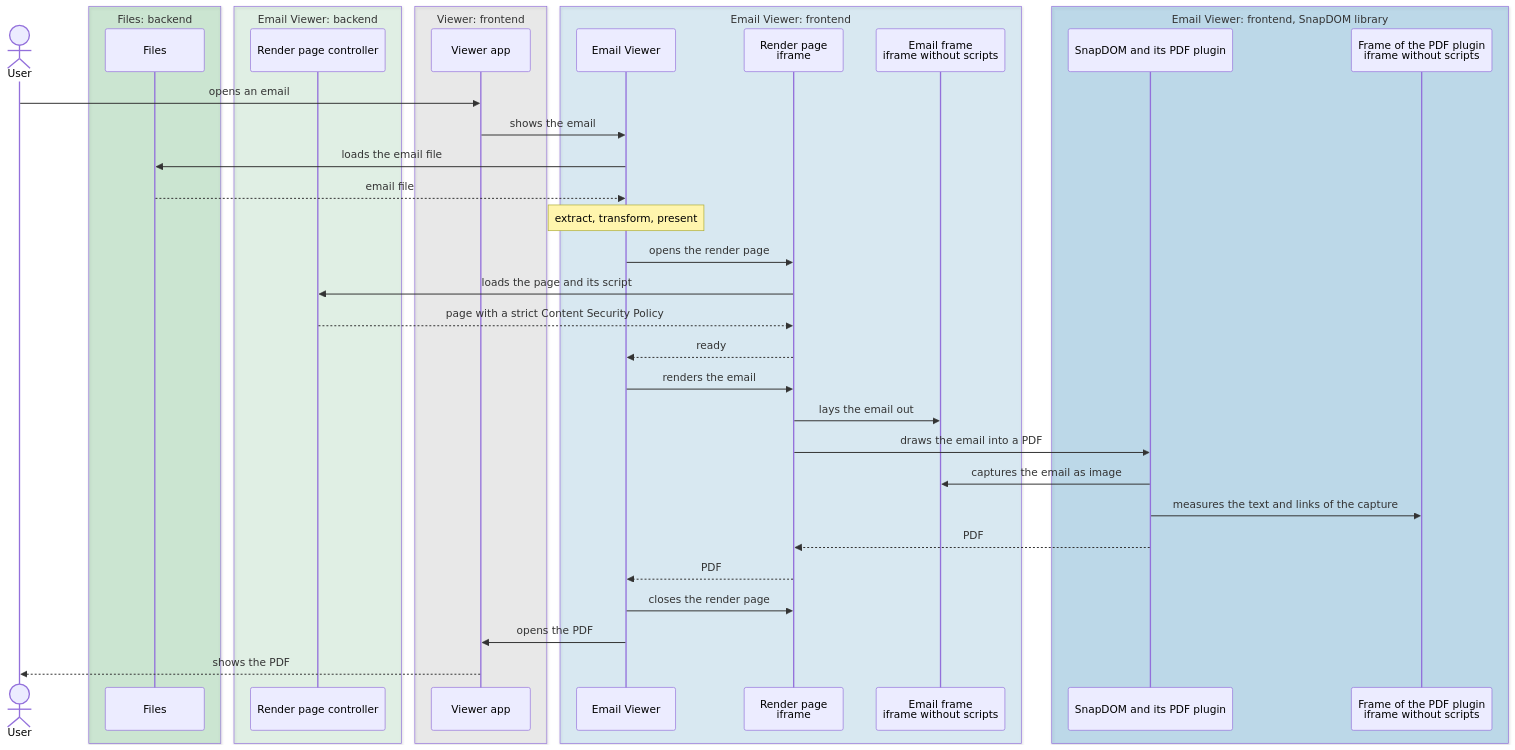
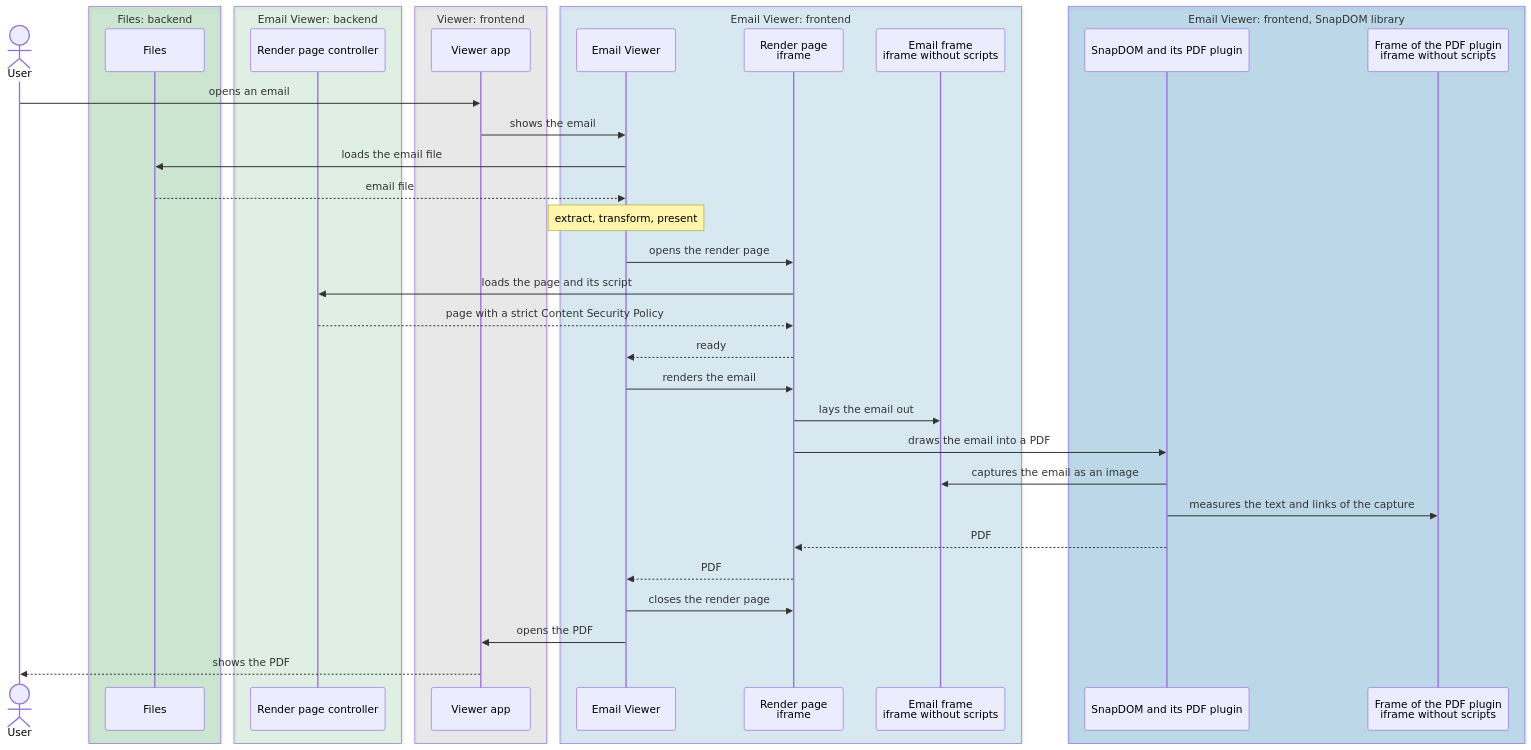
Before and after one commit to nextcloud/files_emailviewer: the diagram in DEVELOPMENT.md, drawn with Mermaid. The commit also changed other lines of this file and 4 other files, not shown here.

````diff
--- a/DEVELOPMENT.md
+++ b/DEVELOPMENT.md
@@ -27,46 +27,46 @@
 ```mermaid
 sequenceDiagram
 	actor User
 	box rgba(70, 186, 97, 0.22) Files: backend
 		participant Files as Files
 	end
 	box rgba(70, 186, 97, 0.12) Email Viewer: backend
 		participant RenderPageController as Render page controller
 	end
 	box rgba(128, 128, 128, 0.12) Viewer: frontend
 		participant Viewer as Viewer app
 	end
 	box rgba(0, 130, 201, 0.12) Email Viewer: frontend
 		participant App as Email Viewer
 		participant RenderPage as Render page<br/>iframe
 		participant EmailFrame as Email frame<br/>iframe without scripts
 	end
 	box rgba(0, 130, 201, 0.22) Email Viewer: frontend, SnapDOM library
 		participant Snapdom as SnapDOM and its PDF plugin
 		participant PluginFrame as Frame of the PDF plugin<br/>iframe without scripts
 	end
 
 	User->>Viewer: opens an email
 	Viewer->>App: shows the email
 	App->>Files: loads the email file
 	Files-->>App: email file
 
 	Note over App: extract, transform, present
 
 	App->>RenderPage: opens the render page
 	RenderPage->>RenderPageController: loads the page and its script
 	RenderPageController-->>RenderPage: page with a strict Content Security Policy
 	RenderPage-->>App: ready
 
 	App->>RenderPage: renders the email
 	RenderPage->>EmailFrame: lays the email out
 	RenderPage->>Snapdom: draws the email into a PDF
-	Snapdom->>EmailFrame: captures the email as image
+	Snapdom->>EmailFrame: captures the email as an image
 	Snapdom->>PluginFrame: measures the text and links of the capture
 	Snapdom-->>RenderPage: PDF
 	RenderPage-->>App: PDF
 	App->>RenderPage: closes the render page
 
 	App->>Viewer: opens the PDF
 	Viewer-->>User: shows the PDF
 ```
````
